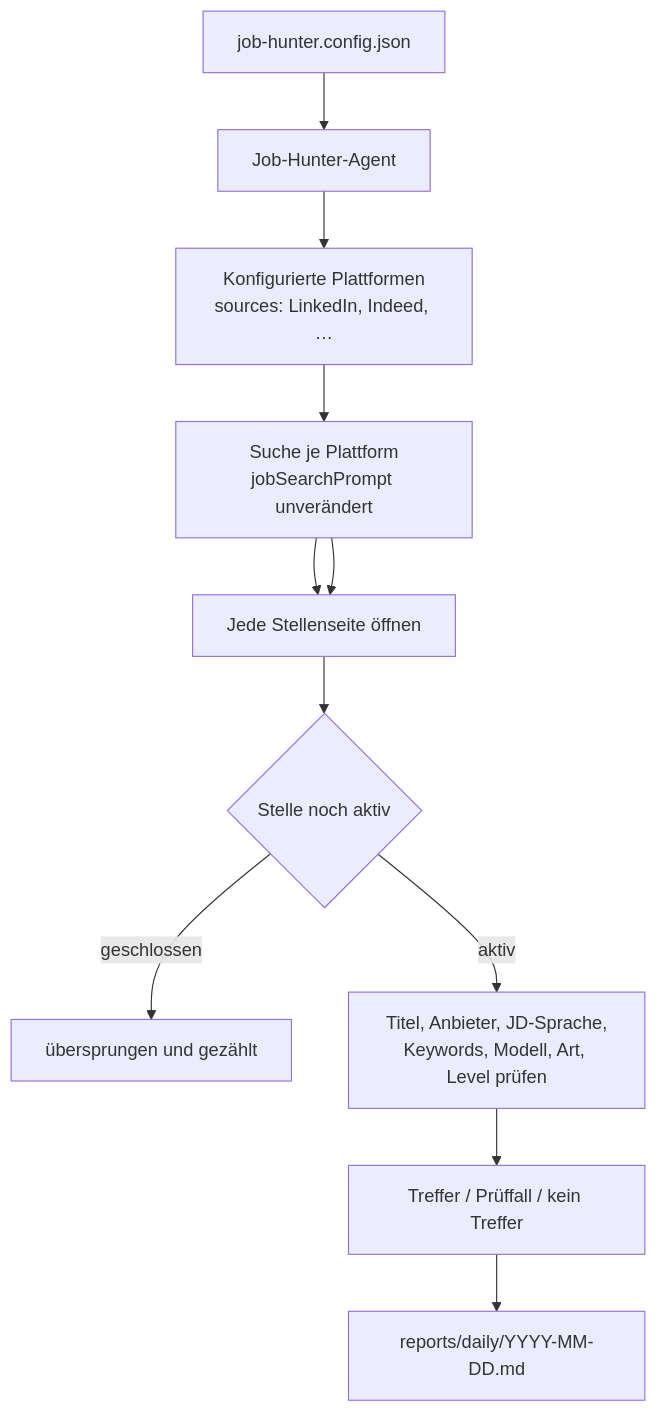
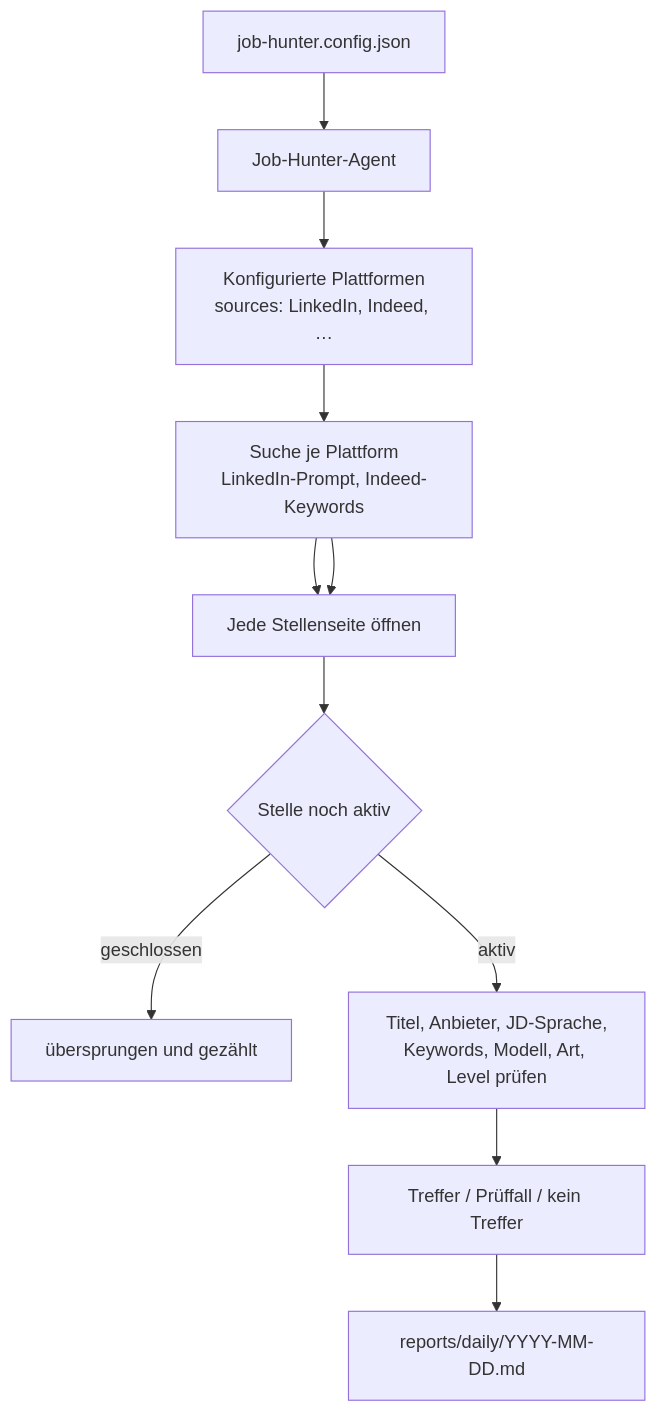
One commit to aoda-zhang/Job-hunter changed the diagram in README.de.md. Above: the diagram before and after it, drawn with Mermaid. The commit also changed other lines of this file and 24 other files, not shown here.

````diff
--- a/README.de.md
+++ b/README.de.md
@@ -22,13 +22,13 @@
 ```mermaid
 flowchart TD
     A[job-hunter.config.json] --> B[Job-Hunter-Agent]
     B --> C[Konfigurierte Plattformen<br/>sources: LinkedIn, Indeed, …]
-    C --> D[Suche je Plattform<br/>jobSearchPrompt unverändert]
+    C --> D[Suche je Plattform<br/>LinkedIn-Prompt, Indeed-Keywords]
     D --> E[Filter je Plattform<br/>Datum, Art, Modell, Level]
     D --> E[Jede Stellenseite öffnen]
     E --> F{Stelle noch aktiv}
     F -->|geschlossen| X[übersprungen und gezählt]
     F -->|aktiv| G[Titel, Anbieter, JD-Sprache,<br/>Keywords, Modell, Art, Level prüfen]
     G --> H[Treffer / Prüffall / kein Treffer]
     H --> I[reports/daily/YYYY-MM-DD.md]
 ```
````
